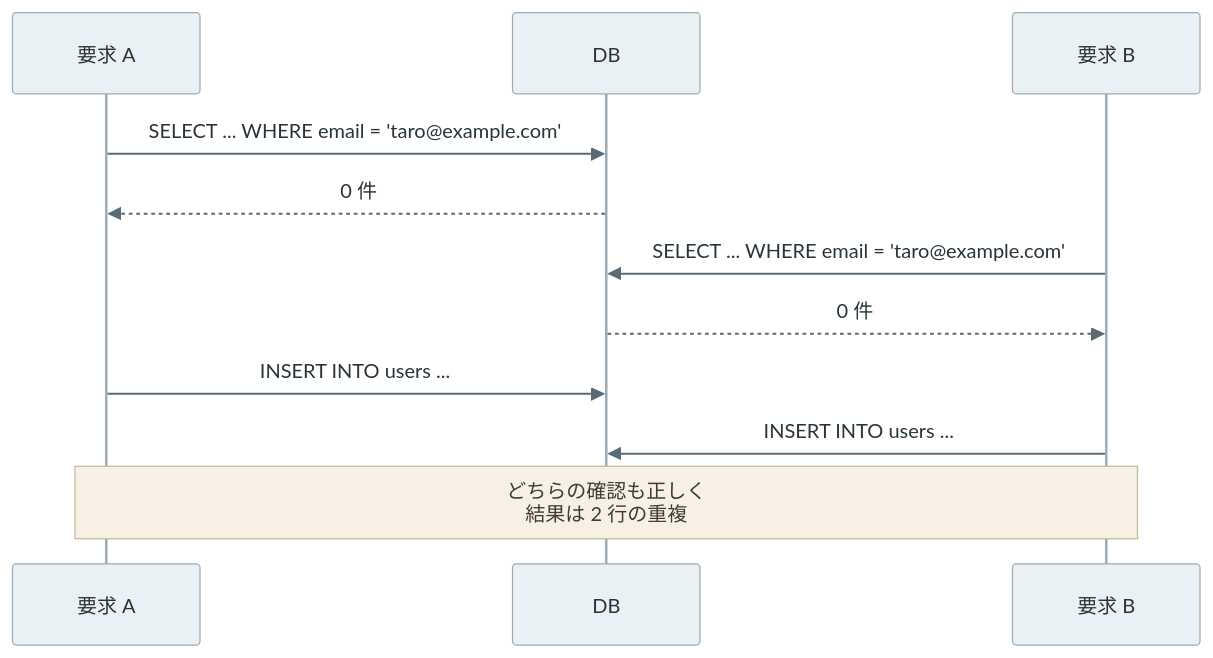
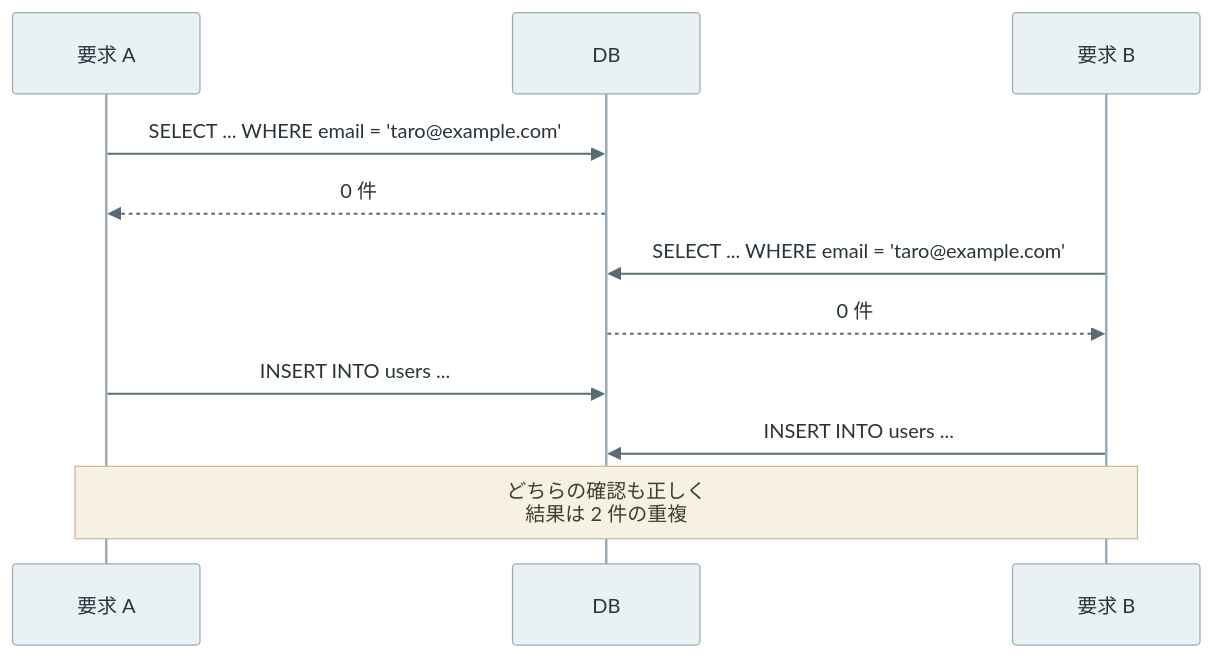
Before and after one commit to nao1215/debimate: the second of 5 diagrams in content/notes/database-systems/unique-constraint/index.md, drawn with Mermaid. The commit also changed other lines of this file and 125 other files, not shown here.

````diff
--- a/content/notes/database-systems/unique-constraint/index.md
+++ b/content/notes/database-systems/unique-constraint/index.md
@@ -47,14 +49,14 @@
 ```mermaid
 %%{init: {"theme":"base","themeVariables":{"primaryColor":"#eaf1f5","primaryTextColor":"#28343b","primaryBorderColor":"#9cabb5","lineColor":"#596b76","textColor":"#28343b","actorBkg":"#eaf1f5","actorBorder":"#9cabb5","actorTextColor":"#28343b","actorLineColor":"#9cabb5","signalColor":"#596b76","signalTextColor":"#28343b","noteBkgColor":"#f7f1e5","noteBorderColor":"#c5b99b","noteTextColor":"#403c32","activationBkgColor":"#edf3ef","activationBorderColor":"#9aafa1"}}}%%
 sequenceDiagram
     participant A as 要求 A
     participant DB as DB
     participant B as 要求 B
     A->>DB: SELECT ... WHERE email = 'taro@example.com'
     DB-->>A: 0 件
     B->>DB: SELECT ... WHERE email = 'taro@example.com'
     DB-->>B: 0 件
     A->>DB: INSERT INTO users ...
     B->>DB: INSERT INTO users ...
-    Note over A,B: どちらの確認も正しく<br/>結果は 2 行の重複
+    Note over A,B: どちらの確認も正しく<br/>結果は 2 件の重複
 ```
````
